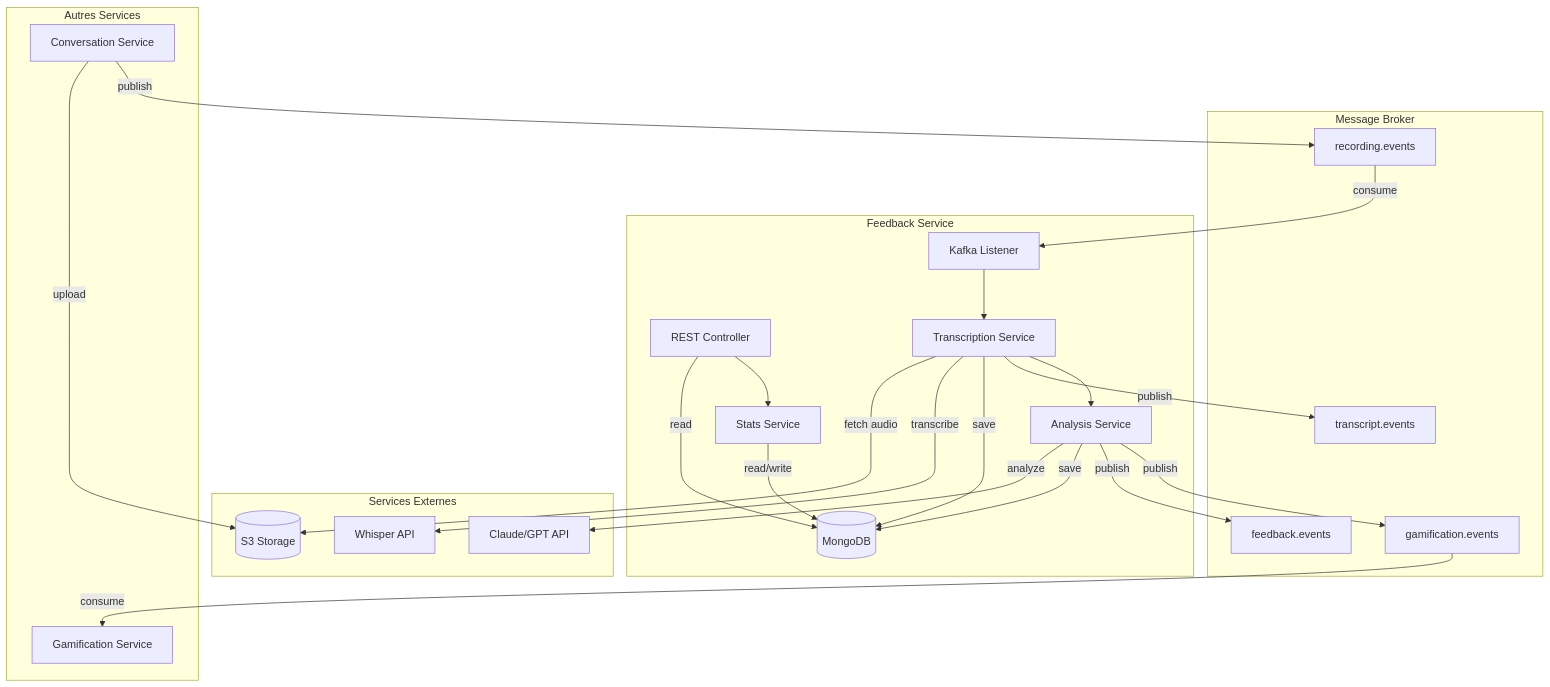
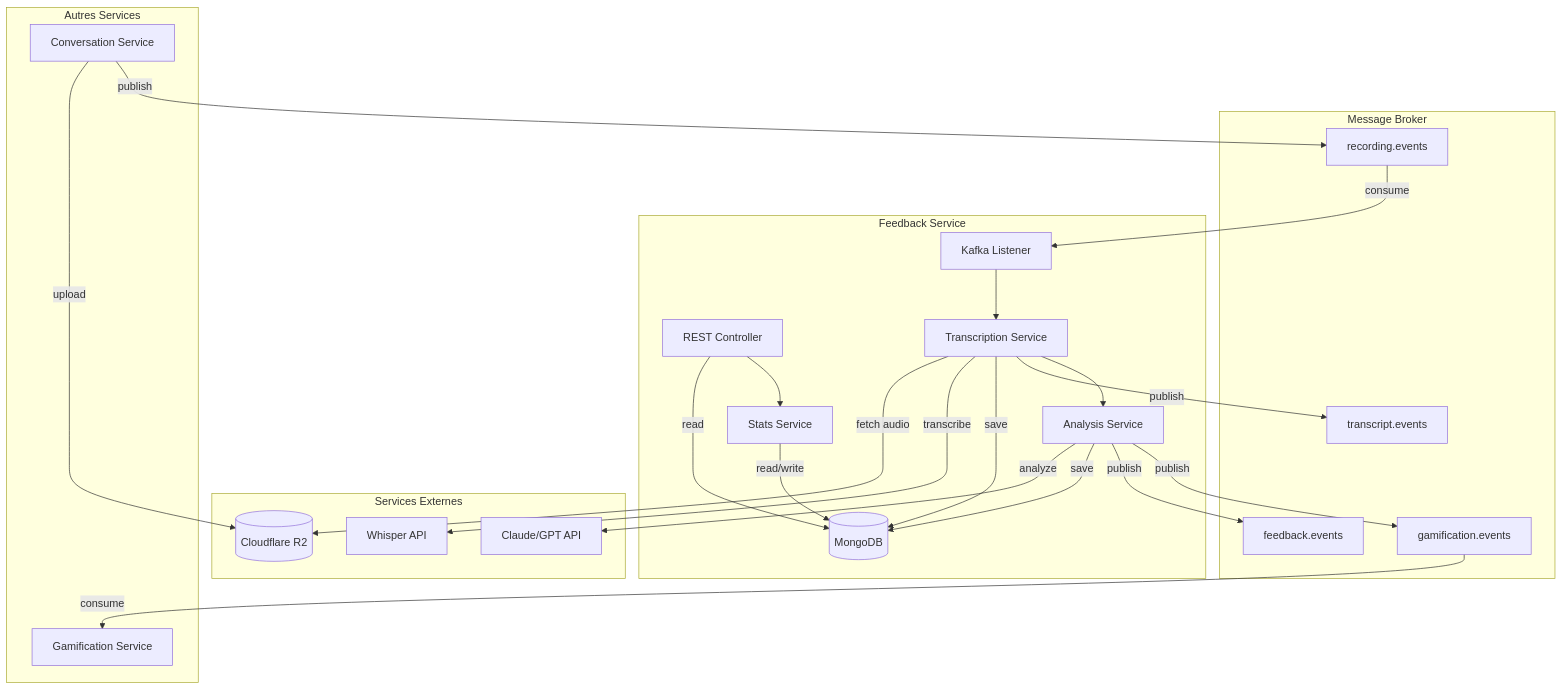
The fourth of 6 diagrams in 04-feedback-service/DIAGRAMS.md (we-speak-org/wespeak-specifications), drawn with Mermaid before and after one commit. The commit also changed other lines of this file and 5 other files, not shown here.

Commit message:
docs: update feedback-service specs to replace S3 with Cloudflare R2

````diff
--- a/04-feedback-service/DIAGRAMS.md
+++ b/04-feedback-service/DIAGRAMS.md
@@ -158,52 +158,52 @@
 ```mermaid
 flowchart TB
     subgraph External["Services Externes"]
-        S3[(S3 Storage)]
+        R2[(Cloudflare R2)]
         Whisper[Whisper API]
         LLM[Claude/GPT API]
     end
 
     subgraph Kafka["Message Broker"]
         RecordingTopic[recording.events]
         TranscriptTopic[transcript.events]
         FeedbackTopic[feedback.events]
         GamificationTopic[gamification.events]
     end
 
     subgraph FeedbackService["Feedback Service"]
         Controller[REST Controller]
         Listener[Kafka Listener]
         TranscriptionSvc[Transcription Service]
         AnalysisSvc[Analysis Service]
         StatsSvc[Stats Service]
         Repository[(MongoDB)]
     end
 
     subgraph OtherServices["Autres Services"]
         ConvService[Conversation Service]
         GamService[Gamification Service]
     end
 
-    ConvService -->|upload| S3
+    ConvService -->|upload| R2
     ConvService -->|publish| RecordingTopic
     
     RecordingTopic -->|consume| Listener
     Listener --> TranscriptionSvc
     
-    TranscriptionSvc -->|fetch audio| S3
+    TranscriptionSvc -->|fetch audio| R2
     TranscriptionSvc -->|transcribe| Whisper
     TranscriptionSvc -->|save| Repository
     TranscriptionSvc -->|publish| TranscriptTopic
     
     TranscriptionSvc --> AnalysisSvc
     AnalysisSvc -->|analyze| LLM
     AnalysisSvc -->|save| Repository
     AnalysisSvc -->|publish| FeedbackTopic
     AnalysisSvc -->|publish| GamificationTopic
     
     GamificationTopic -->|consume| GamService
     
     Controller -->|read| Repository
     Controller --> StatsSvc
     StatsSvc -->|read/write| Repository
 ```
````
